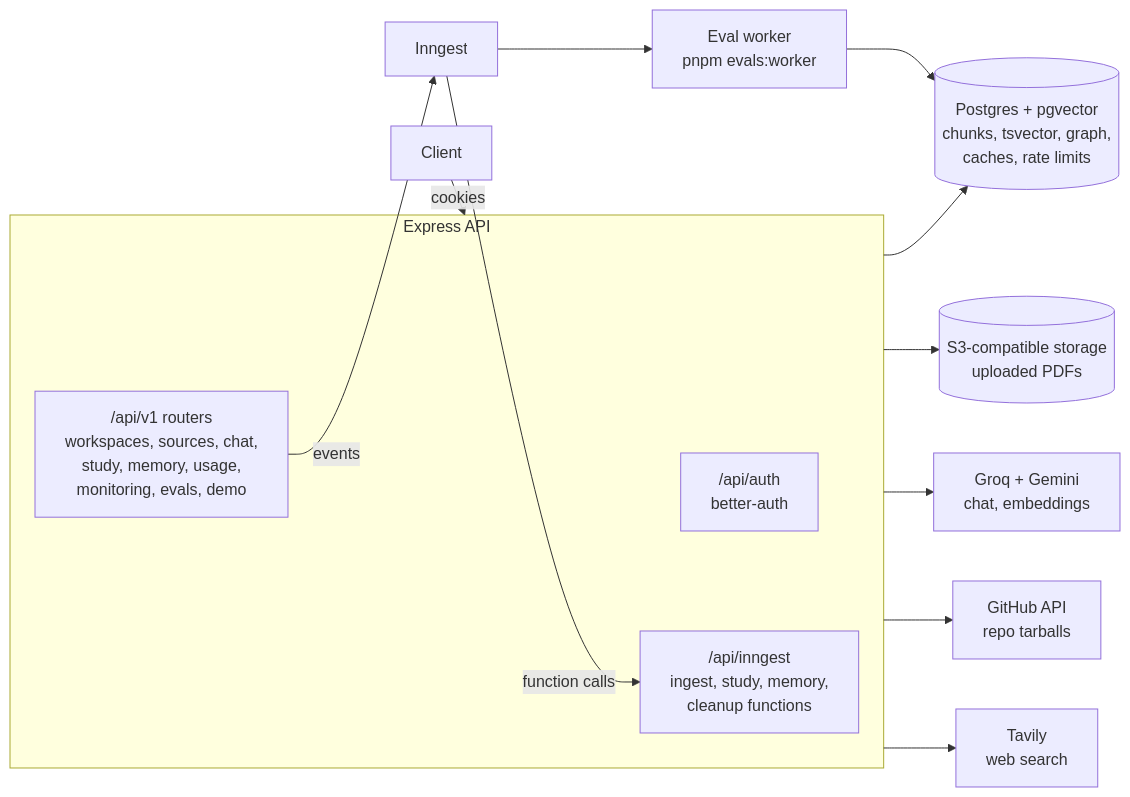
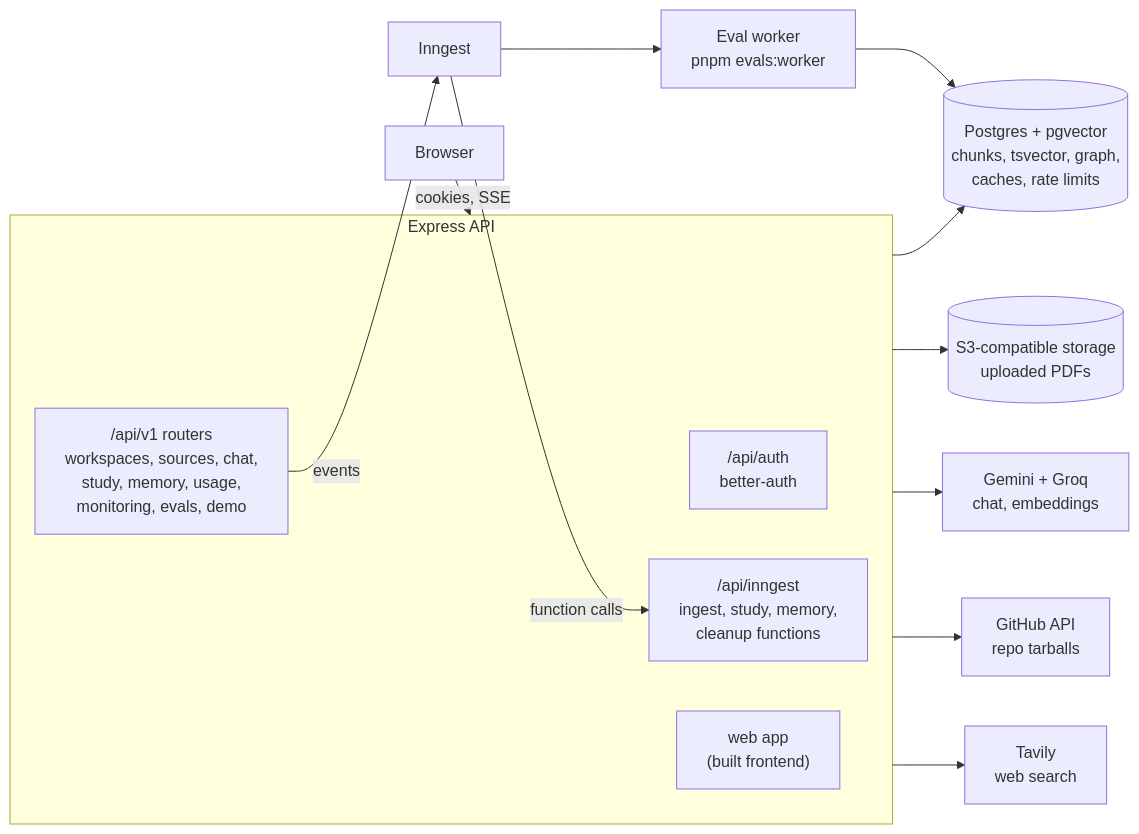
One commit to girishthedecent/codebook changed the first of 3 diagrams in README.md. Above: the diagram before and after it, drawn with Mermaid. The commit also changed other lines of this file and 65 other files, not shown here.

````diff
--- a/README.md
+++ b/README.md
@@ -82,21 +109,22 @@
 ```mermaid
 flowchart LR
-  client[Client] -->|cookies| api
+  client[Browser] -->|cookies, SSE| api
 
   subgraph api[Express API]
     auth["/api/auth<br/>better-auth"]
     v1["/api/v1 routers<br/>workspaces, sources, chat,<br/>study, memory, usage,<br/>monitoring, evals, demo"]
     ing["/api/inngest<br/>ingest, study, memory,<br/>cleanup functions"]
+    web["web app<br/>(built frontend)"]
   end
 
   inngest[Inngest] -->|function calls| ing
   v1 -->|events| inngest
   api --> pg[(Postgres + pgvector<br/>chunks, tsvector, graph,<br/>caches, rate limits)]
   api --> s3[(S3-compatible storage<br/>uploaded PDFs)]
-  api --> llm[Groq + Gemini<br/>chat, embeddings]
+  api --> llm[Gemini + Groq<br/>chat, embeddings]
   api --> gh[GitHub API<br/>repo tarballs]
-  api --> web[Tavily<br/>web search]
+  api --> tav[Tavily<br/>web search]
 
   worker[Eval worker<br/>pnpm evals:worker] --> pg
   inngest --> worker
 ```
````
